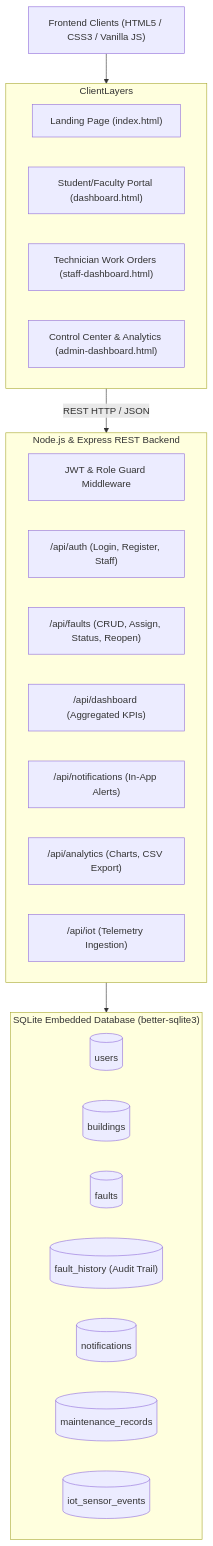
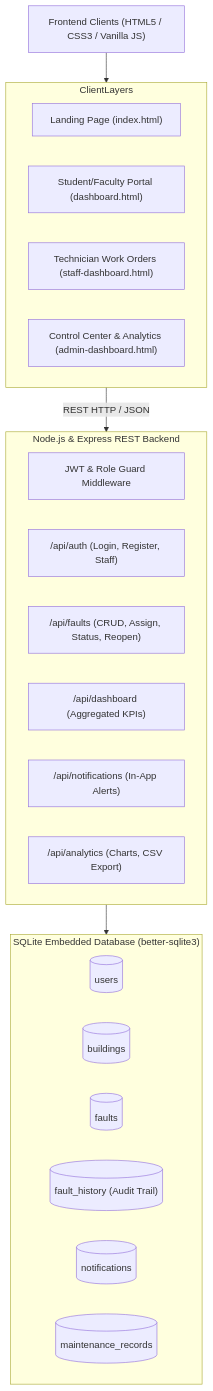
The first of 3 diagrams in docs/PROJECT_REPORT.md (srivatsaladdu68-alt/Campus-Fix), drawn with Mermaid before and after one commit. The commit also changed other lines of this file and 8 other files, not shown here.

Commit message:
refactor: completely remove IoT sensor tables, routes, and telemetry

````diff
--- a/docs/PROJECT_REPORT.md
+++ b/docs/PROJECT_REPORT.md
@@ -12,36 +12,34 @@
 ```mermaid
 graph TD
     Client["Frontend Clients (HTML5 / CSS3 / Vanilla JS)"]
     subgraph ClientLayers
         Landing["Landing Page (index.html)"]
         StudentDash["Student/Faculty Portal (dashboard.html)"]
         StaffDash["Technician Work Orders (staff-dashboard.html)"]
         AdminDash["Control Center & Analytics (admin-dashboard.html)"]
     end
 
     Client --> ClientLayers
 
     subgraph ExpressBackend["Node.js & Express REST Backend"]
         AuthMiddleware["JWT & Role Guard Middleware"]
         AuthRoute["/api/auth (Login, Register, Staff)"]
         FaultRoute["/api/faults (CRUD, Assign, Status, Reopen)"]
         DashRoute["/api/dashboard (Aggregated KPIs)"]
         NotifRoute["/api/notifications (In-App Alerts)"]
         AnalyticsRoute["/api/analytics (Charts, CSV Export)"]
-        IoTRoute["/api/iot (Telemetry Ingestion)"]
     end
 
     ClientLayers -->|REST HTTP / JSON| ExpressBackend
 
     subgraph SQLiteDatabase["SQLite Embedded Database (better-sqlite3)"]
         UsersTbl[("users")]
         BuildingsTbl[("buildings")]
         FaultsTbl[("faults")]
         HistoryTbl[("fault_history (Audit Trail)")]
         NotifTbl[("notifications")]
         MaintTbl[("maintenance_records")]
-        IoTTbl[("iot_sensor_events")]
     end
 
     ExpressBackend --> SQLiteDatabase
 ```
````
